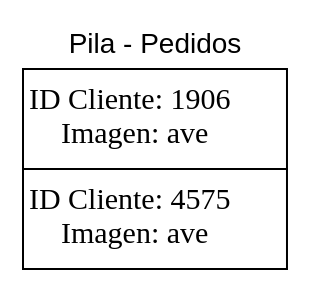
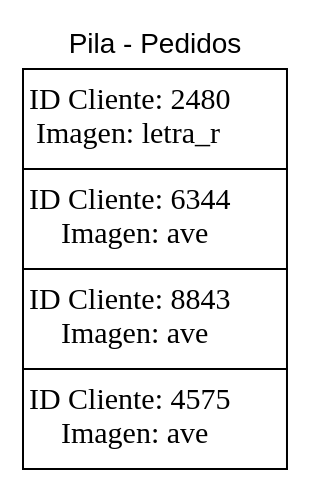
The diagram in Reportes/Pila.dot (brandonT2002/EDD_VJ1S2023_PY_202112030), drawn with Graphviz before and after one commit. The commit also changed 10 other files, not shown here.

```diff
--- a/Reportes/Pila.dot
+++ b/Reportes/Pila.dot
@@ -1,13 +1,19 @@
 digraph G {
 fontname="Arial"
 label="Pila - Pedidos"
 labelloc=t
 stack [shape=none, margin=0, label=<<TABLE BORDER="0" CELLBORDER="1" CELLSPACING="0" CELLPADDING="2">
 <tr>
-<td width="125" height="50"><font point-size="15">ID Cliente: 1906<BR/>Imagen: ave</font></td>
+<td width="125" height="50"><font point-size="15">ID Cliente: 2480<BR/>Imagen: letra_r</font></td>
+</tr>
+<tr>
+<td width="125" height="50"><font point-size="15">ID Cliente: 6344<BR/>Imagen: ave</font></td>
+</tr>
+<tr>
+<td width="125" height="50"><font point-size="15">ID Cliente: 8843<BR/>Imagen: ave</font></td>
 </tr>
 <tr>
 <td width="125" height="50"><font point-size="15">ID Cliente: 4575<BR/>Imagen: ave</font></td>
 </tr>
 </TABLE>>];
 }
```
